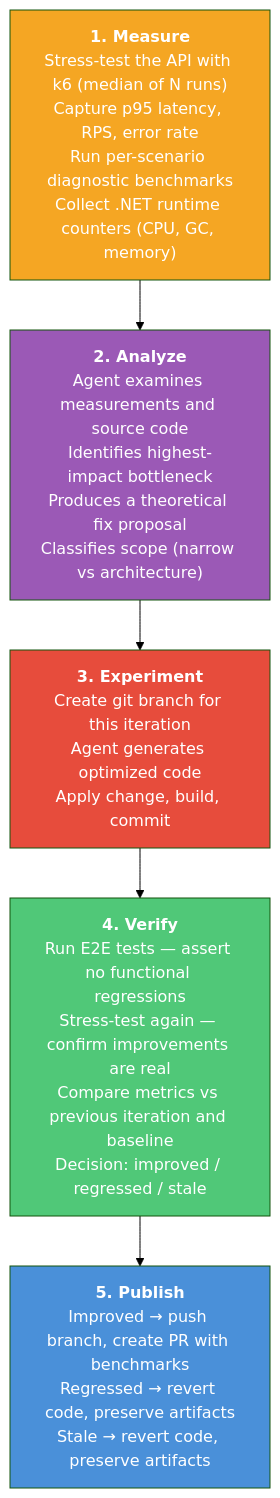
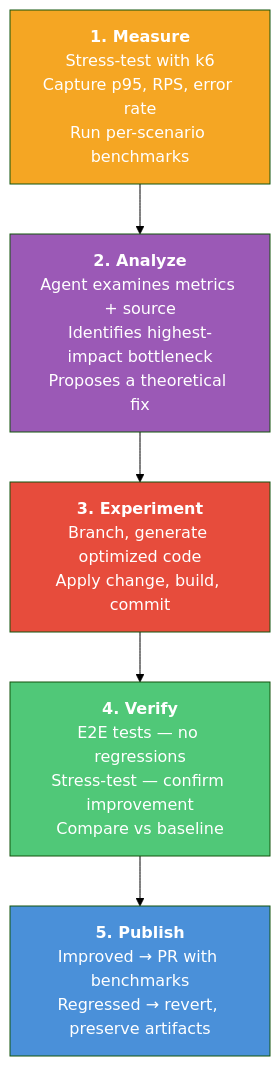
One commit to J-Bax/Hone changed the first of 2 diagrams in docs/architecture.md. Above: the diagram before and after it, drawn with Mermaid (forest theme).

Commit message:
docs: shorten mermaid node text to prevent clipping

````diff
--- a/docs/architecture.md
+++ b/docs/architecture.md
@@ -25,16 +25,16 @@
 ```mermaid
 flowchart TD
-    MEASURE["<b>1. Measure</b><br/>Stress-test the API with k6 (median of N runs)<br/>Capture p95 latency, RPS, error rate<br/>Run per-scenario diagnostic benchmarks<br/>Collect .NET runtime counters (CPU, GC, memory)"]
-    ANALYZE["<b>2. Analyze</b><br/>Agent examines measurements and source code<br/>Identifies highest-impact bottleneck<br/>Produces a theoretical fix proposal<br/>Classifies scope (narrow vs architecture)"]
-    EXPERIMENT["<b>3. Experiment</b><br/>Create git branch for this iteration<br/>Agent generates optimized code<br/>Apply change, build, commit"]
-    VERIFY["<b>4. Verify</b><br/>Run E2E tests — assert no functional regressions<br/>Stress-test again — confirm improvements are real<br/>Compare metrics vs previous iteration and baseline<br/>Decision: improved / regressed / stale"]
-    PUBLISH["<b>5. Publish</b><br/>Improved → push branch, create PR with benchmarks<br/>Regressed → revert code, preserve artifacts<br/>Stale → revert code, preserve artifacts"]
+    MEASURE["<b>1. Measure</b><br/>Stress-test with k6<br/>Capture p95, RPS, error rate<br/>Run per-scenario benchmarks"]
+    ANALYZE["<b>2. Analyze</b><br/>Agent examines metrics + source<br/>Identifies highest-impact bottleneck<br/>Proposes a theoretical fix"]
+    EXPERIMENT["<b>3. Experiment</b><br/>Branch, generate optimized code<br/>Apply change, build, commit"]
+    VERIFY["<b>4. Verify</b><br/>E2E tests — no regressions<br/>Stress-test — confirm improvement<br/>Compare vs baseline"]
+    PUBLISH["<b>5. Publish</b><br/>Improved → PR with benchmarks<br/>Regressed → revert, preserve artifacts"]
 
     MEASURE --> ANALYZE --> EXPERIMENT --> VERIFY --> PUBLISH
 
     style MEASURE fill:#f5a623,color:#fff
     style ANALYZE fill:#9b59b6,color:#fff
     style EXPERIMENT fill:#e74c3c,color:#fff
     style VERIFY fill:#50c878,color:#fff
     style PUBLISH fill:#4a90d9,color:#fff
 ```
````
